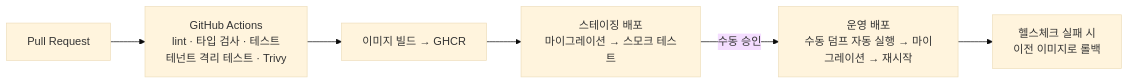
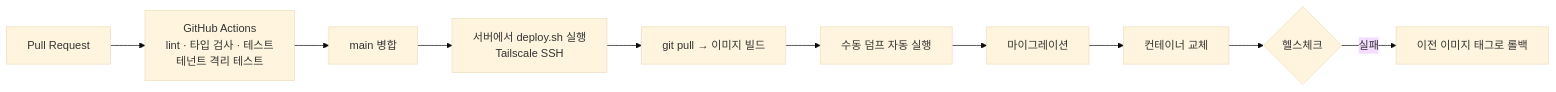
Before and after one commit to 4mcorp/fmERP: the second of 2 diagrams in docs/DEPLOYMENT_PLAN.md, drawn with Mermaid (base theme). The commit also changed other lines of this file and 8 other files, not shown here.

````diff
--- a/docs/DEPLOYMENT_PLAN.md
+++ b/docs/DEPLOYMENT_PLAN.md
@@ -255,8 +302,12 @@
 ```mermaid
 flowchart LR
-    PR[Pull Request] --> CI[GitHub Actions<br/>lint · 타입 검사 · 테스트<br/>테넌트 격리 테스트 · Trivy]
-    CI --> IMG[이미지 빌드 → GHCR]
-    IMG --> STG[스테이징 배포<br/>마이그레이션 → 스모크 테스트]
-    STG -- 수동 승인 --> PRD[운영 배포<br/>수동 덤프 자동 실행 → 마이그레이션 → 재시작]
-    PRD --> CHK[헬스체크 실패 시<br/>이전 이미지로 롤백]
+    PR[Pull Request] --> CI[GitHub Actions<br/>lint · 타입 검사 · 테스트<br/>테넌트 격리 테스트]
+    CI --> M[main 병합]
+    M --> D[서버에서 deploy.sh 실행<br/>Tailscale SSH]
+    D --> S1[git pull → 이미지 빌드]
+    S1 --> S2[수동 덤프 자동 실행]
+    S2 --> S3[마이그레이션]
+    S3 --> S4[컨테이너 교체]
+    S4 --> S5{헬스체크}
+    S5 -- 실패 --> RB[이전 이미지 태그로 롤백]
 ```
````
